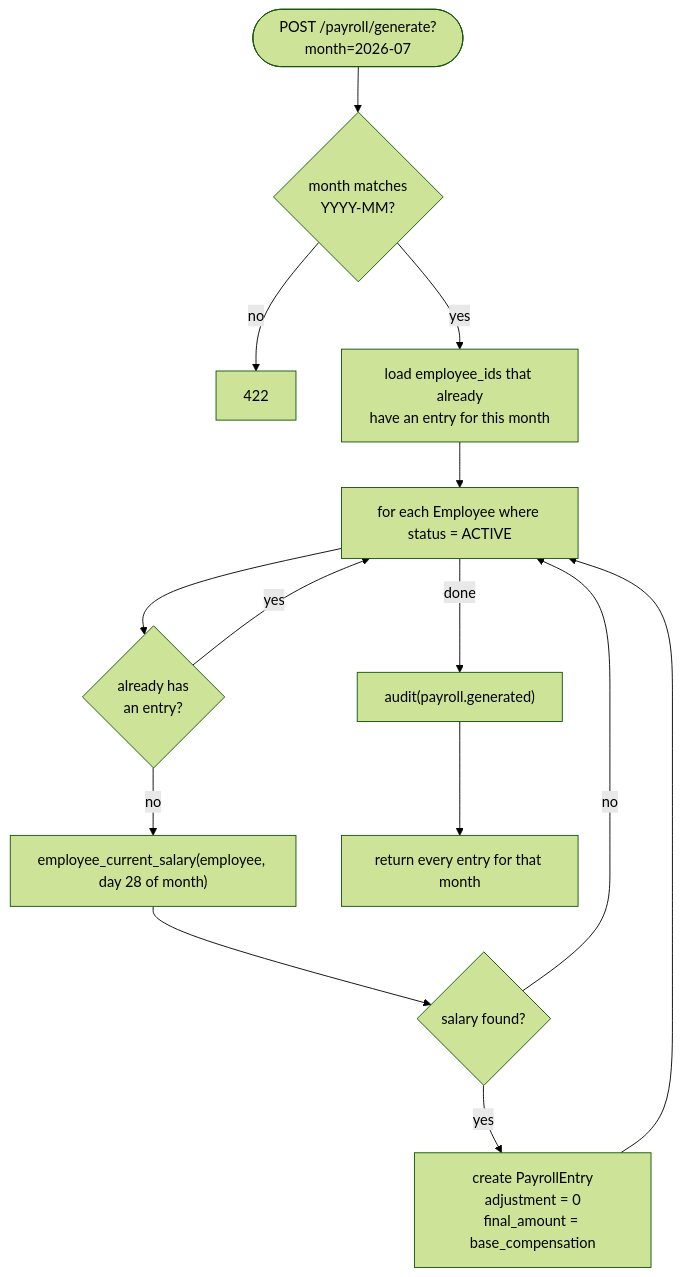
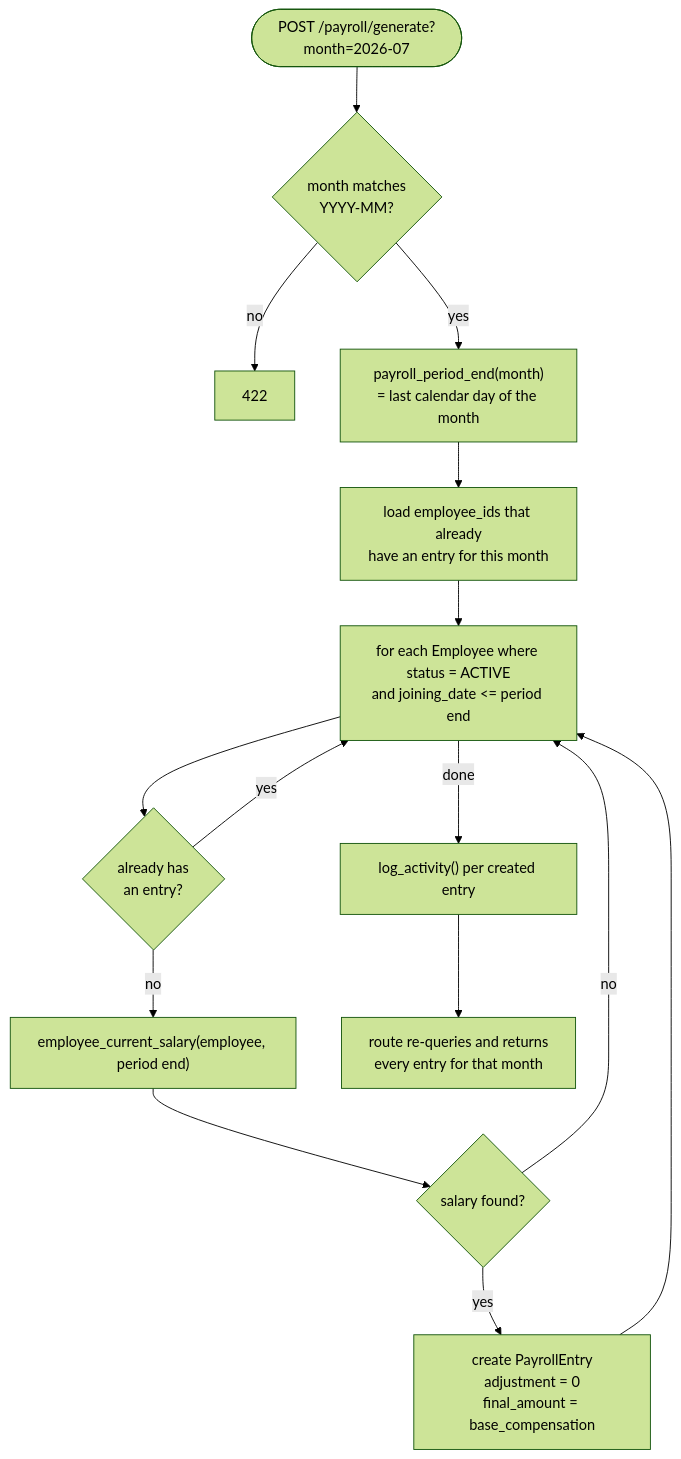
Before and after one commit to techmanion/techmanion-portal: the second of 2 diagrams in docs/Database/Payroll.md, drawn with Mermaid (forest theme). The commit also changed other lines of this file and 120 other files, not shown here.

Commit message:
Refactor the frontend and backend to follow better code quality architecture

````diff
--- a/docs/Database/Payroll.md
+++ b/docs/Database/Payroll.md
@@ -58,16 +59,17 @@
 ```mermaid
 flowchart TD
     Start(["POST /payroll/generate?month=2026-07"]) --> Validate{"month matches\nYYYY-MM?"}
     Validate -- no --> Err422["422"]
-    Validate -- yes --> Existing["load employee_ids that already\nhave an entry for this month"]
-    Existing --> Loop["for each Employee where status = ACTIVE"]
+    Validate -- yes --> Period["payroll_period_end(month)\n= last calendar day of the month"]
+    Period --> Existing["load employee_ids that already\nhave an entry for this month"]
+    Existing --> Loop["for each Employee where status = ACTIVE\nand joining_date <= period end"]
     Loop --> Skip1{"already has\nan entry?"}
     Skip1 -- yes --> Loop
-    Skip1 -- no --> Salary["employee_current_salary(employee, day 28 of month)"]
+    Skip1 -- no --> Salary["employee_current_salary(employee, period end)"]
     Salary --> Skip2{"salary found?"}
     Skip2 -- no --> Loop
     Skip2 -- yes --> Create["create PayrollEntry\nadjustment = 0\nfinal_amount = base_compensation"]
     Create --> Loop
-    Loop -->|done| Audit["audit(payroll.generated)"]
-    Audit --> Return["return every entry for that month"]
+    Loop -->|done| Log["log_activity() per created entry"]
+    Log --> Return["route re-queries and returns\nevery entry for that month"]
 ```
````
